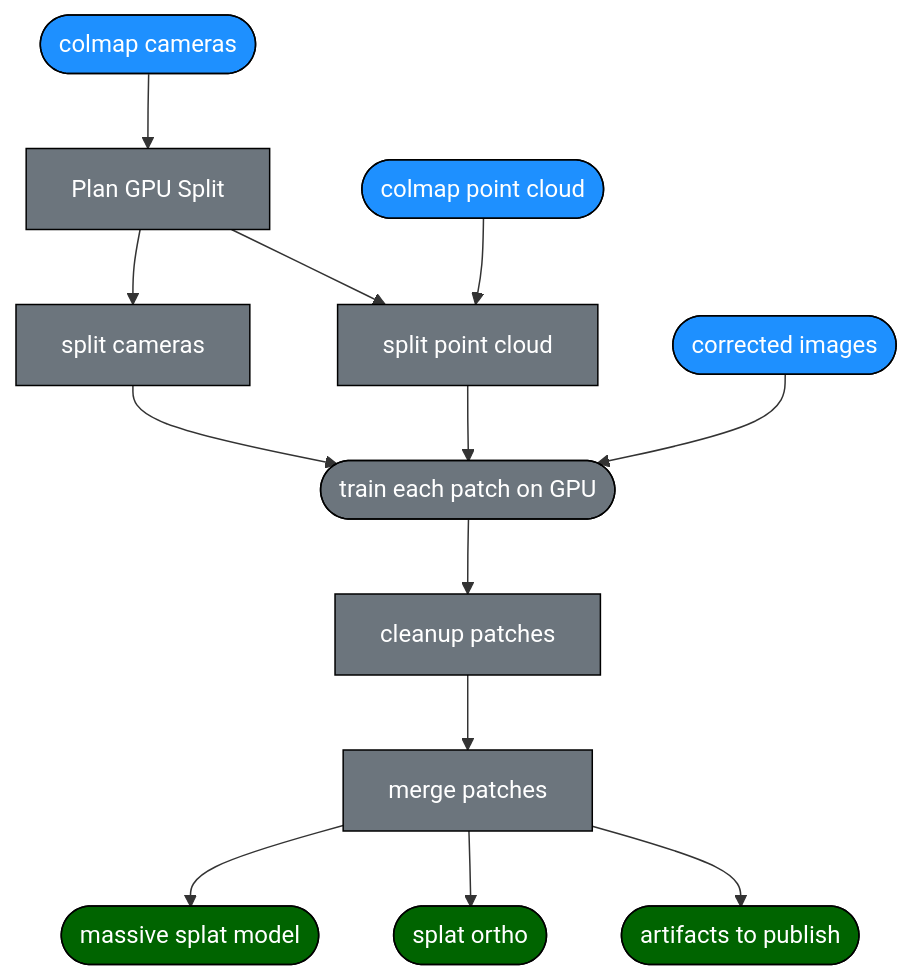
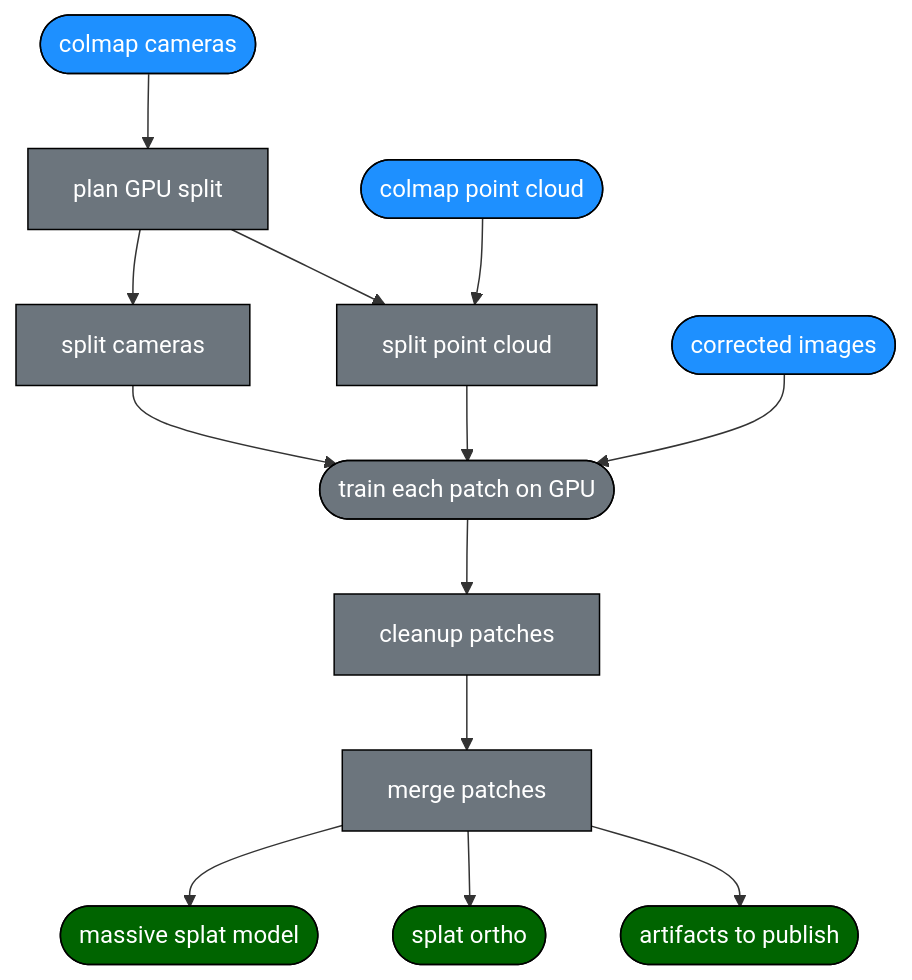
The diagram in README.md (wildflowai/splat), drawn with Mermaid before and after one commit.

````diff
--- a/README.md
+++ b/README.md
@@ -21,49 +21,49 @@
 ```mermaid
 flowchart TD
     %% Inputs
     style A fill:#1E90FF,stroke:#000,stroke-width:1px,color:#fff
     style B fill:#1E90FF,stroke:#000,stroke-width:1px,color:#fff
     style C fill:#1E90FF,stroke:#000,stroke-width:1px,color:#fff
 
     A([corrected images]) 
     B([colmap cameras])
     C([colmap point cloud])
 
     %% Transformations
     style F fill:#6C757D,stroke:#000,stroke-width:1px,color:#fff
     style D fill:#6C757D,stroke:#000,stroke-width:1px,color:#fff
     style E fill:#6C757D,stroke:#000,stroke-width:1px,color:#fff
     style G fill:#6C757D,stroke:#000,stroke-width:1px,color:#fff
     style H fill:#6C757D,stroke:#000,stroke-width:1px,color:#fff
     style I fill:#6C757D,stroke:#000,stroke-width:1px,color:#fff
 
-    F[Plan GPU Split]
+    F[plan GPU split]
     D[split cameras]
     E[split point cloud]
     G([train each patch on GPU])
     H[cleanup patches]
     I[merge patches]
 
     %% Outputs
     style J1 fill:#006400,stroke:#000,stroke-width:1px,color:#fff
     style J2 fill:#006400,stroke:#000,stroke-width:1px,color:#fff
     style J3 fill:#006400,stroke:#000,stroke-width:1px,color:#fff
 
     J1([massive splat model])
     J2([splat ortho])
     J3([artifacts to publish])
 
     %% Flow connections
     B --> F
     F --> D
     F --> E
     D --> G
     E --> G
     A --> G
     G --> H
     H --> I
     I --> J1
     I --> J2
     I --> J3
     C --> E
 ```
````
